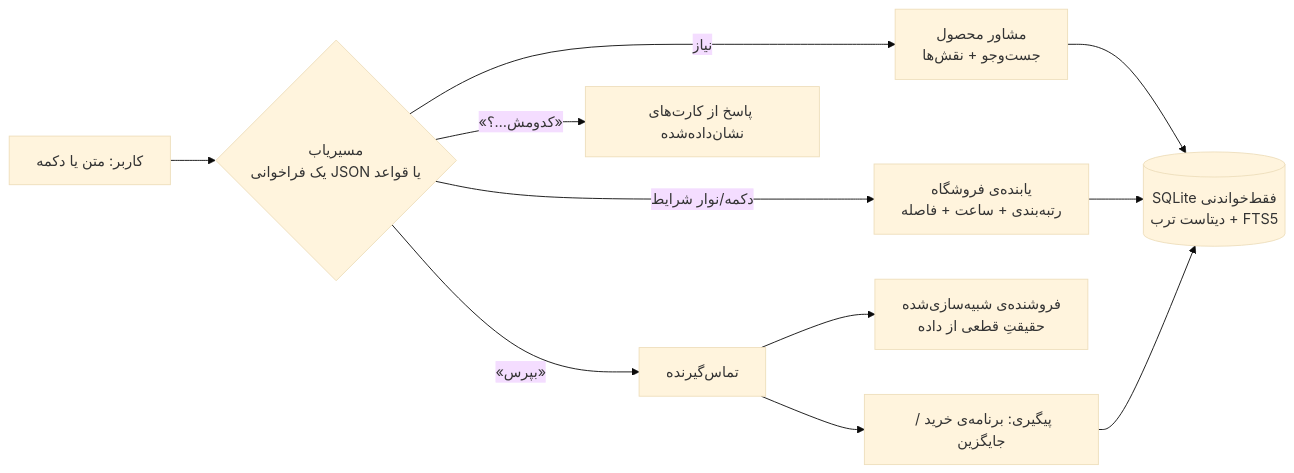
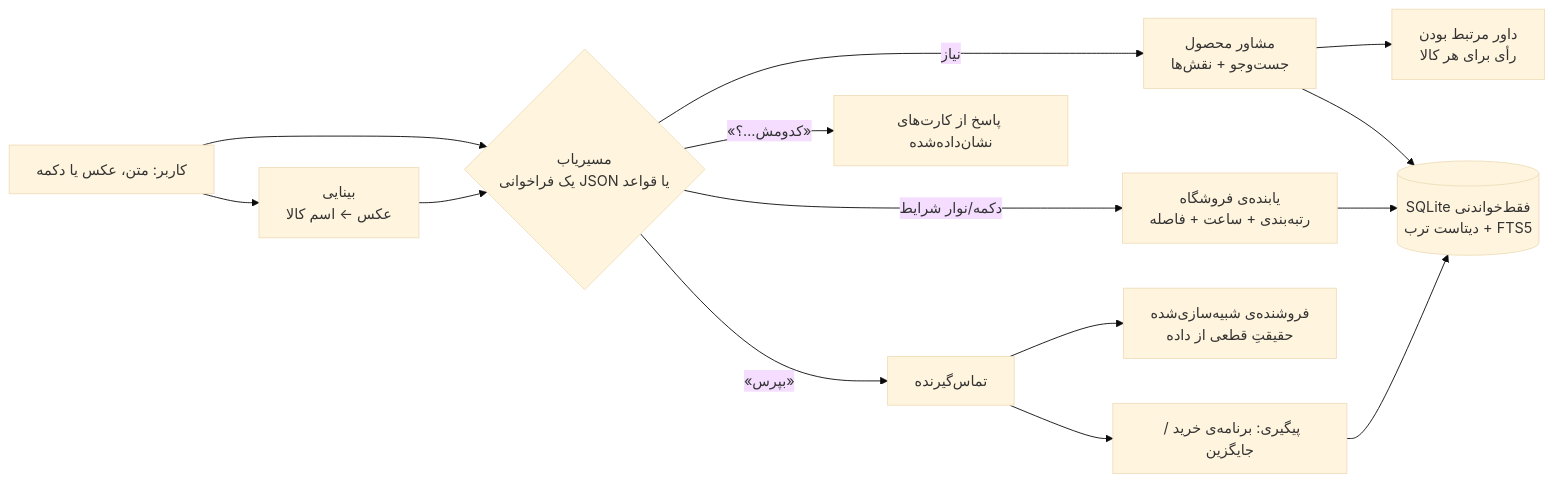
Before and after one commit to MetaParsa/atlas: the diagram in torob/README.md, drawn with Mermaid (base theme). The commit also changed other lines of this file and 1 other file, not shown here.

````diff
--- a/torob/README.md
+++ b/torob/README.md
@@ -32,11 +32,14 @@
 ```mermaid
 flowchart LR
-  U[کاربر: متن یا دکمه] --> R{مسیریاب<br/>یک فراخوانی JSON یا قواعد}
+  U[کاربر: متن، عکس یا دکمه] --> V[بینایی<br/>عکس ← اسم کالا]
+  U --> R{مسیریاب<br/>یک فراخوانی JSON یا قواعد}
+  V --> R
   R -->|نیاز| A[مشاور محصول<br/>جست‌وجو + نقش‌ها]
+  A --> J[داور مرتبط بودن<br/>رأی برای هر کالا]
   R -->|دکمه/نوار شرایط| S[یابنده‌ی فروشگاه<br/>رتبه‌بندی + ساعت + فاصله]
   R -->|«بپرس»| C[تماس‌گیرنده]
   C --> T[فروشنده‌ی شبیه‌سازی‌شده<br/>حقیقتِ قطعی از داده]
   C --> F[پیگیری: برنامه‌ی خرید / جایگزین]
   R -->|«کدومش…؟»| Q[پاسخ از کارت‌های نشان‌داده‌شده]
   A & S & F --> D[(SQLite فقط‌خواندنی<br/>دیتاست ترب + FTS5)]
 ```
````
